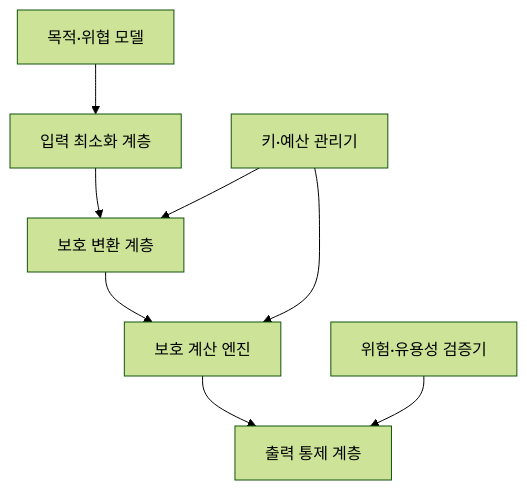
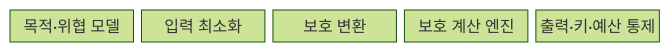
One commit to agnusdei1207/knowledge-base changed the first of 2 diagrams in src/content/docs/notes/05-security/100_privacy_enhancing_technologies.md. Above: the diagram before and after it, drawn with Mermaid (forest theme). The commit also changed other lines of this file and 6 other files, not shown here.

````diff
--- a/src/content/docs/notes/05-security/100_privacy_enhancing_technologies.md
+++ b/src/content/docs/notes/05-security/100_privacy_enhancing_technologies.md
@@ -49,10 +54,9 @@
 ```mermaid
-flowchart TB
-  T["목적·위협 모델"] --> I["입력 최소화 계층"]
-  I --> P["보호 변환 계층"]
-  P --> C["보호 계산 엔진"]
-  C --> O["출력 통제 계층"]
-  K["키·예산 관리기"] --> P
-  K --> C
-  V["위험·유용성 검증기"] --> O
+block-beta
+  columns 5
+  A["목적·위협 모델"]
+  B["입력 최소화"]
+  C["보호 변환"]
+  D["보호 계산 엔진"]
+  E["출력·키·예산 통제"]
 ```
````
